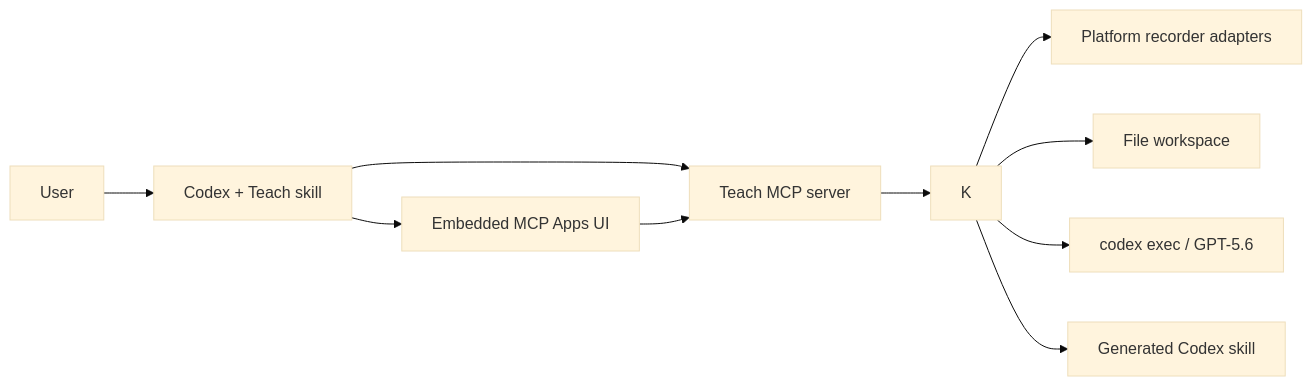
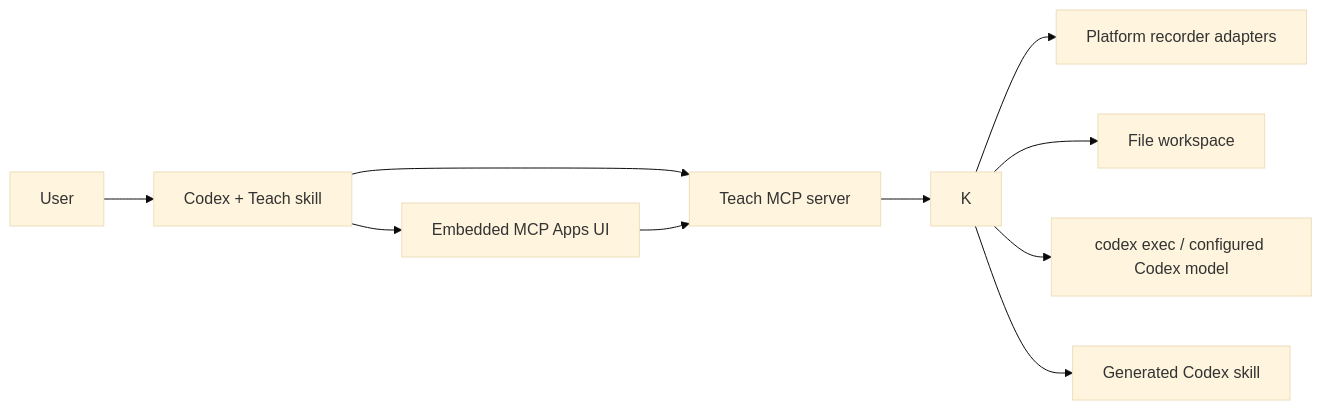
The first of 2 diagrams in documentation/architecture.md (Zacxxx/teach), drawn with Mermaid (base theme) before and after one commit. The commit also changed other lines of this file and 15 other files, not shown here.

````diff
--- a/documentation/architecture.md
+++ b/documentation/architecture.md
@@ -5,12 +5,12 @@
 ```mermaid
 flowchart LR
     U["User"] --> C["Codex + Teach skill"]
     C --> W["Embedded MCP Apps UI"]
     C --> M["Teach MCP server"]
     W --> M
     M --> K
     K --> R["Platform recorder adapters"]
     K --> F["File workspace"]
-    K --> X["codex exec / GPT-5.6"]
+    K --> X["codex exec / configured Codex model"]
     K --> S["Generated Codex skill"]
 ```
````
